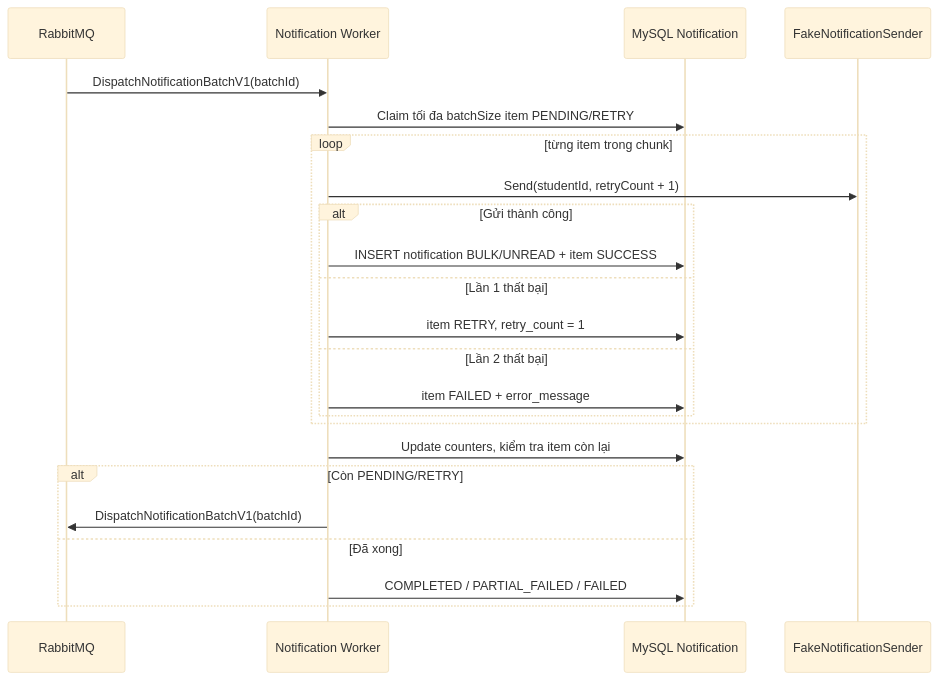
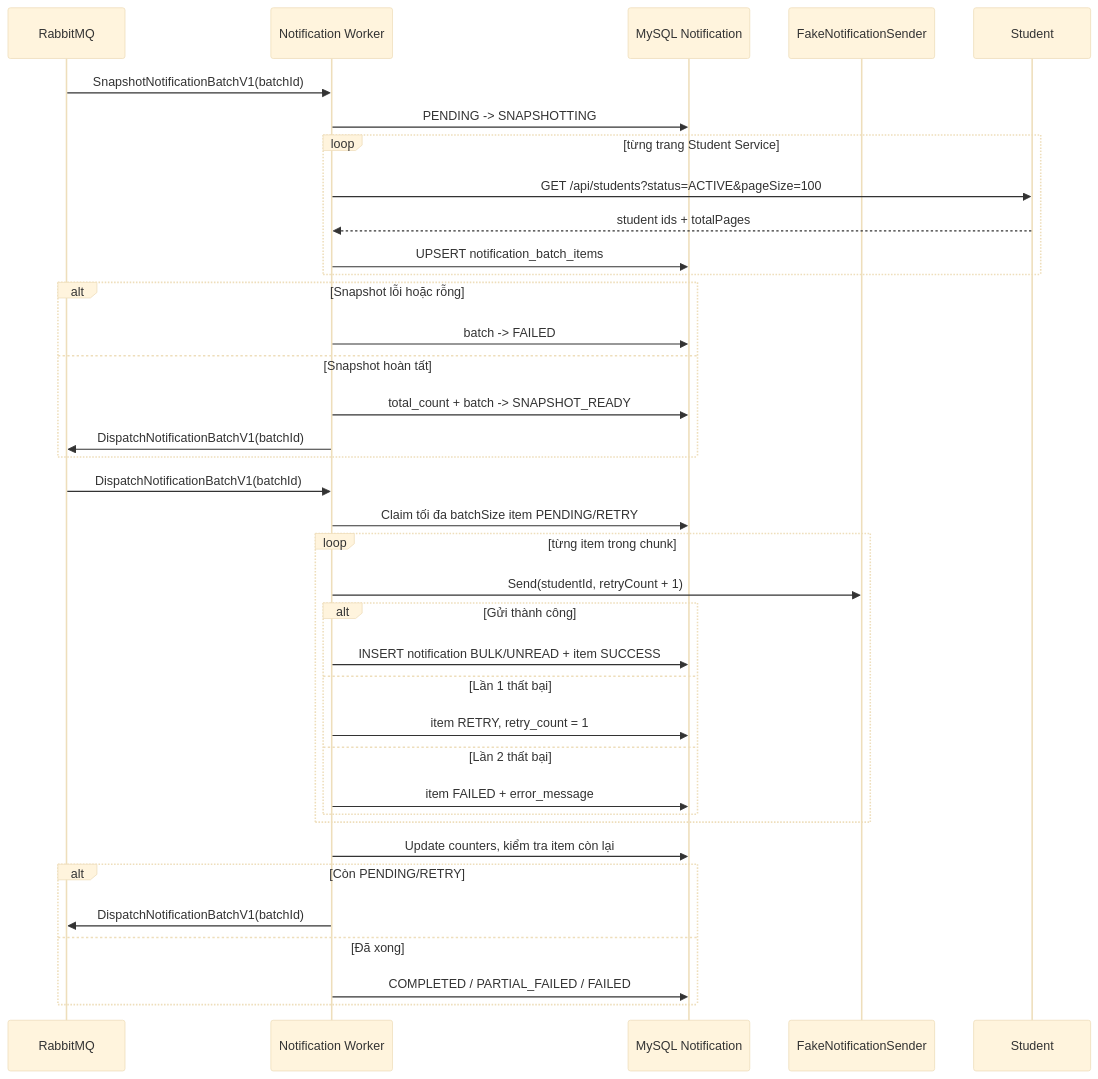
One commit to Minhduc7904/MiniProjectTrainingKaopiz changed the third of 3 diagrams in ducnm3/docs/business-flows/notifications/bulk-notification.md. Above: the diagram before and after it, drawn with Mermaid (base theme). The commit also changed other lines of this file and 21 other files, not shown here.

Commit message:
Batch Job — gửi notification cho ~3k user

````diff
--- a/ducnm3/docs/business-flows/notifications/bulk-notification.md
+++ b/ducnm3/docs/business-flows/notifications/bulk-notification.md
@@ -66,26 +59,39 @@
 ```mermaid
 sequenceDiagram
     participant Bus as RabbitMQ
     participant Worker as Notification Worker
     participant DB as MySQL Notification
     participant Sender as FakeNotificationSender
 
+    Bus->>Worker: SnapshotNotificationBatchV1(batchId)
+    Worker->>DB: PENDING -> SNAPSHOTTING
+    loop từng trang Student Service
+        Worker->>Student: GET /api/students?status=ACTIVE&pageSize=100
+        Student-->>Worker: student ids + totalPages
+        Worker->>DB: UPSERT notification_batch_items
+    end
+    alt Snapshot lỗi hoặc rỗng
+        Worker->>DB: batch -> FAILED
+    else Snapshot hoàn tất
+        Worker->>DB: total_count + batch -> SNAPSHOT_READY
+        Worker->>Bus: DispatchNotificationBatchV1(batchId)
+    end
     Bus->>Worker: DispatchNotificationBatchV1(batchId)
     Worker->>DB: Claim tối đa batchSize item PENDING/RETRY
     loop từng item trong chunk
         Worker->>Sender: Send(studentId, retryCount + 1)
         alt Gửi thành công
             Worker->>DB: INSERT notification BULK/UNREAD + item SUCCESS
         else Lần 1 thất bại
             Worker->>DB: item RETRY, retry_count = 1
         else Lần 2 thất bại
             Worker->>DB: item FAILED + error_message
         end
     end
     Worker->>DB: Update counters, kiểm tra item còn lại
     alt Còn PENDING/RETRY
         Worker->>Bus: DispatchNotificationBatchV1(batchId)
     else Đã xong
         Worker->>DB: COMPLETED / PARTIAL_FAILED / FAILED
     end
 ```
````
